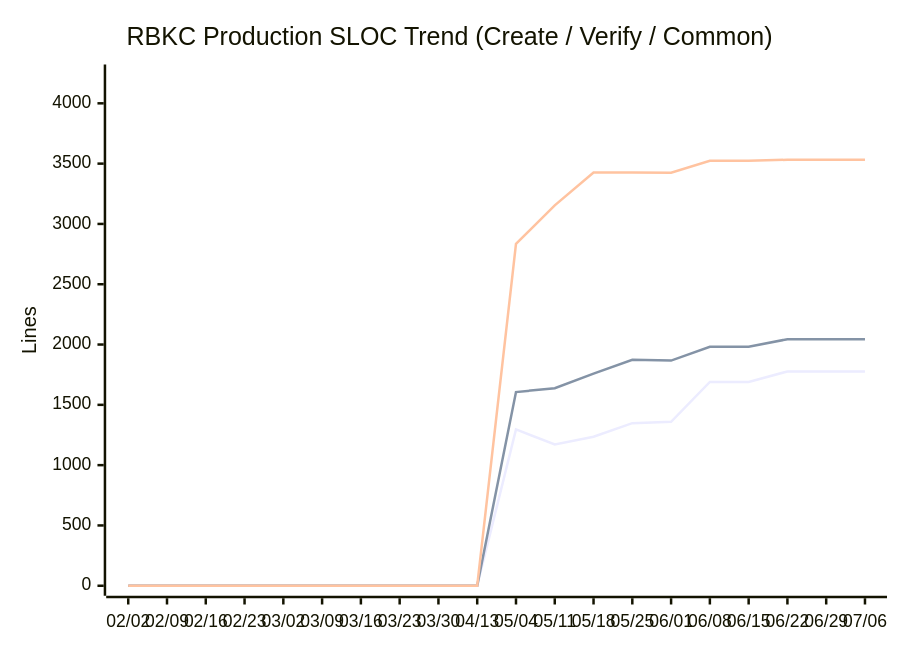
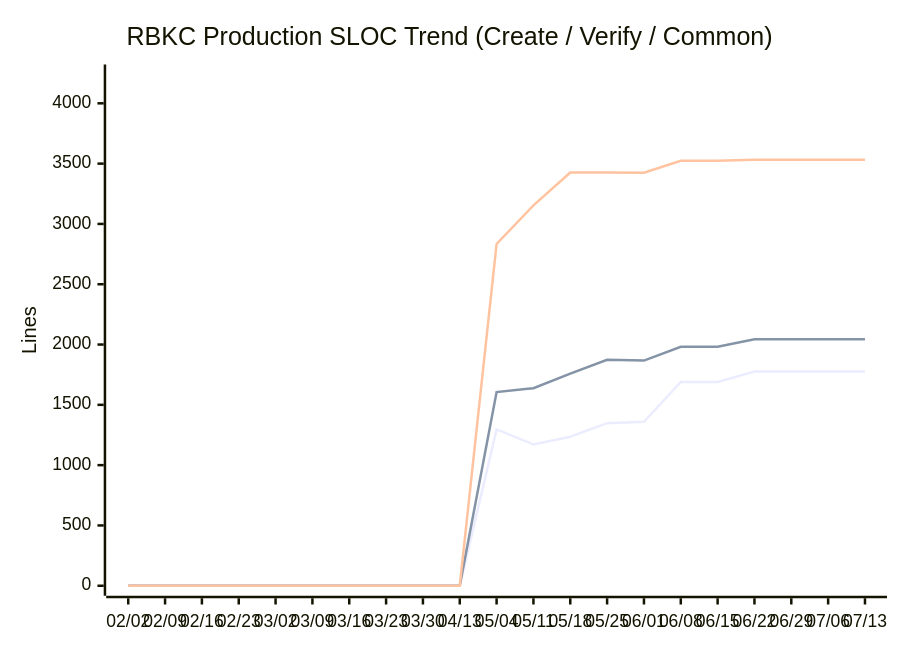
Before and after one commit to nablarch/nabledge-dev: diagram 11 of 14 in docs/metrics.md, drawn with Mermaid. The commit also changed other lines of this file and 2 other files, not shown here.

````diff
--- a/docs/metrics.md
+++ b/docs/metrics.md
@@ -146,9 +146,9 @@
 ```mermaid
 xychart-beta
   title "RBKC Production SLOC Trend (Create / Verify / Common)"
-  x-axis ["02/02", "02/09", "02/16", "02/23", "03/02", "03/09", "03/16", "03/23", "03/30", "04/13", "05/04", "05/11", "05/18", "05/25", "06/01", "06/08", "06/15", "06/22", "06/29", "07/06"]
+  x-axis ["02/02", "02/09", "02/16", "02/23", "03/02", "03/09", "03/16", "03/23", "03/30", "04/13", "05/04", "05/11", "05/18", "05/25", "06/01", "06/08", "06/15", "06/22", "06/29", "07/06", "07/13"]
   y-axis "Lines" 0 --> 4239
-  line [0, 0, 0, 0, 0, 0, 0, 0, 0, 0, 1296, 1172, 1236, 1348, 1359, 1690, 1690, 1777, 1777, 1777]
-  line [0, 0, 0, 0, 0, 0, 0, 0, 0, 0, 1606, 1638, 1759, 1873, 1867, 1982, 1982, 2044, 2044, 2044]
-  line [0, 0, 0, 0, 0, 0, 0, 0, 0, 0, 2834, 3154, 3426, 3426, 3425, 3523, 3523, 3532, 3532, 3532]
+  line [0, 0, 0, 0, 0, 0, 0, 0, 0, 0, 1296, 1172, 1236, 1348, 1359, 1690, 1690, 1777, 1777, 1777, 1777]
+  line [0, 0, 0, 0, 0, 0, 0, 0, 0, 0, 1606, 1638, 1759, 1873, 1867, 1982, 1982, 2044, 2044, 2044, 2044]
+  line [0, 0, 0, 0, 0, 0, 0, 0, 0, 0, 2834, 3154, 3426, 3426, 3425, 3523, 3523, 3532, 3532, 3532, 3532]
 ```
````
